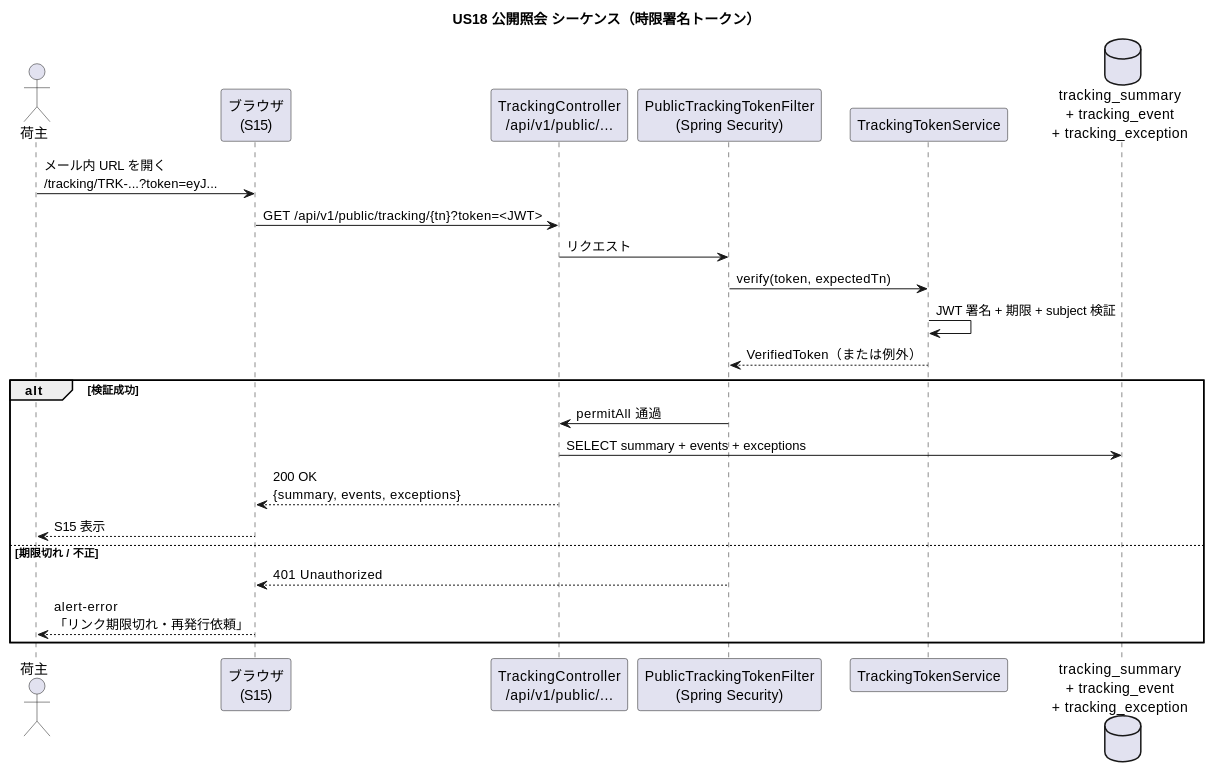
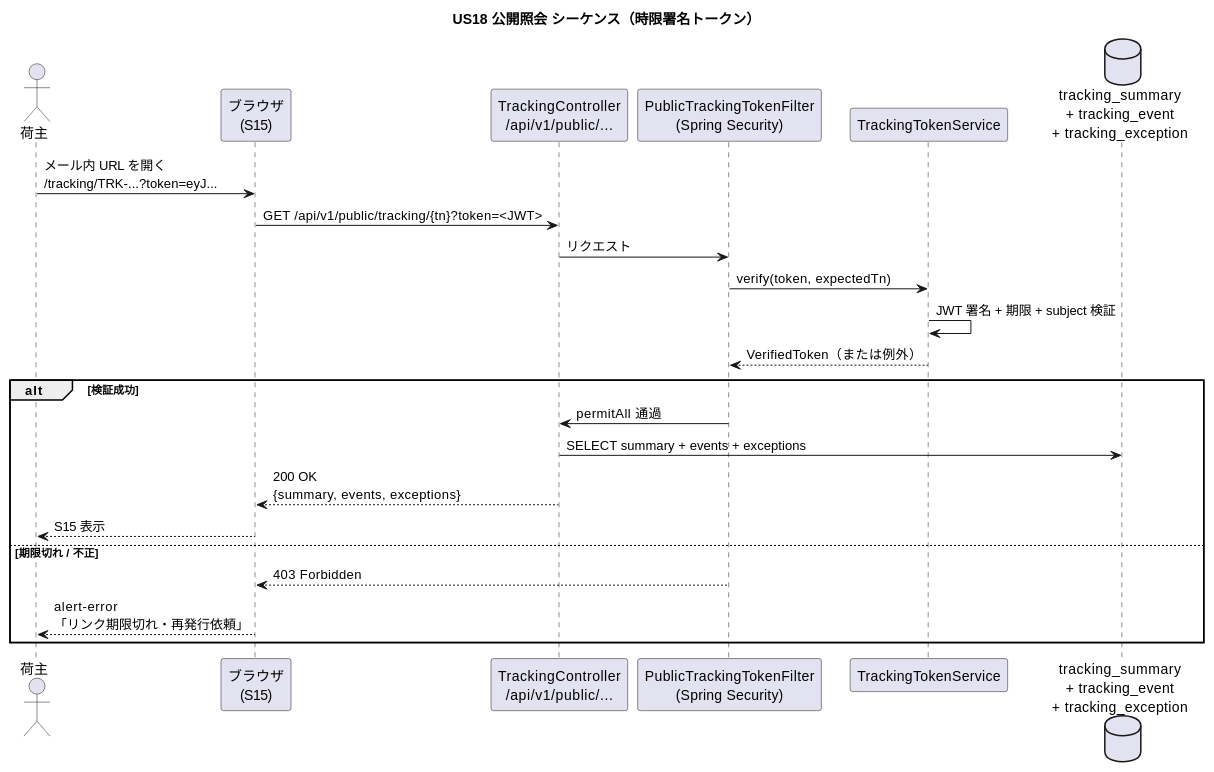
Diagram 11 of 11 in docs/development/iteration_plan-6.md (k2works/case-study-cargo-tracker), drawn with PlantUML before and after one commit. The commit also changed other lines of this file, not shown here.

````diff
--- a/docs/development/iteration_plan-6.md
+++ b/docs/development/iteration_plan-6.md
@@ -664,28 +681,28 @@
 ```plantuml
 @startuml
 title US18 公開照会 シーケンス（時限署名トークン）
 
 actor 荷主 as customer
 participant "ブラウザ\n(S15)" as ui
 participant "TrackingController\n/api/v1/public/..." as ctrl
 participant "PublicTrackingTokenFilter\n(Spring Security)" as filter
 participant "TrackingTokenService" as svc
 database "tracking_summary\n+ tracking_event\n+ tracking_exception" as db
 
 customer -> ui : メール内 URL を開く\n/tracking/TRK-...?token=eyJ...
 ui -> ctrl : GET /api/v1/public/tracking/{tn}?token=<JWT>
 ctrl -> filter : リクエスト
 filter -> svc : verify(token, expectedTn)
 svc -> svc : JWT 署名 + 期限 + subject 検証
 svc --> filter : VerifiedToken（または例外）
 alt 検証成功
     filter -> ctrl : permitAll 通過
     ctrl -> db : SELECT summary + events + exceptions
     ctrl --> ui : 200 OK\n{summary, events, exceptions}
     ui --> customer : S15 表示
 else 期限切れ / 不正
-    filter --> ui : 401 Unauthorized
+    filter --> ui : 403 Forbidden
     ui --> customer : alert-error\n「リンク期限切れ・再発行依頼」
 end
 @enduml
 ```
````
